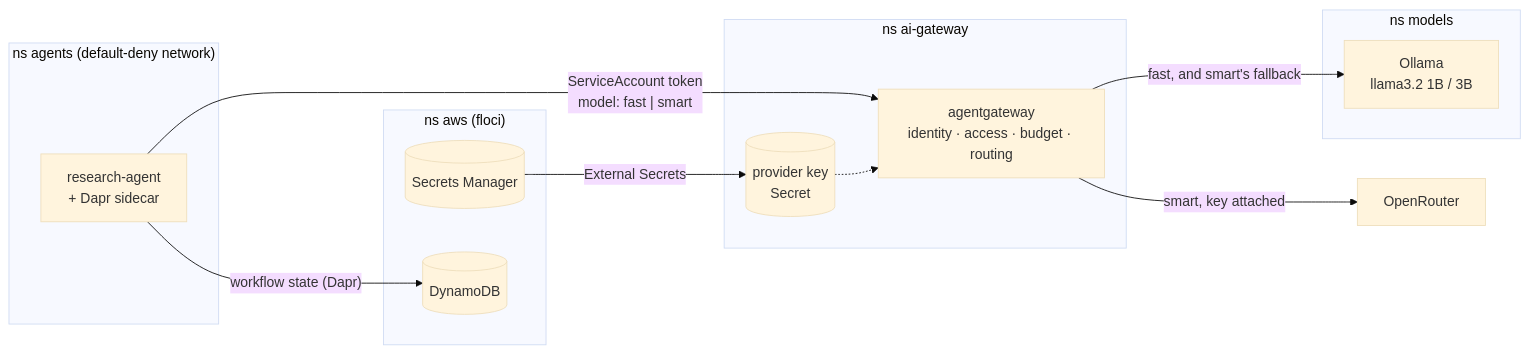
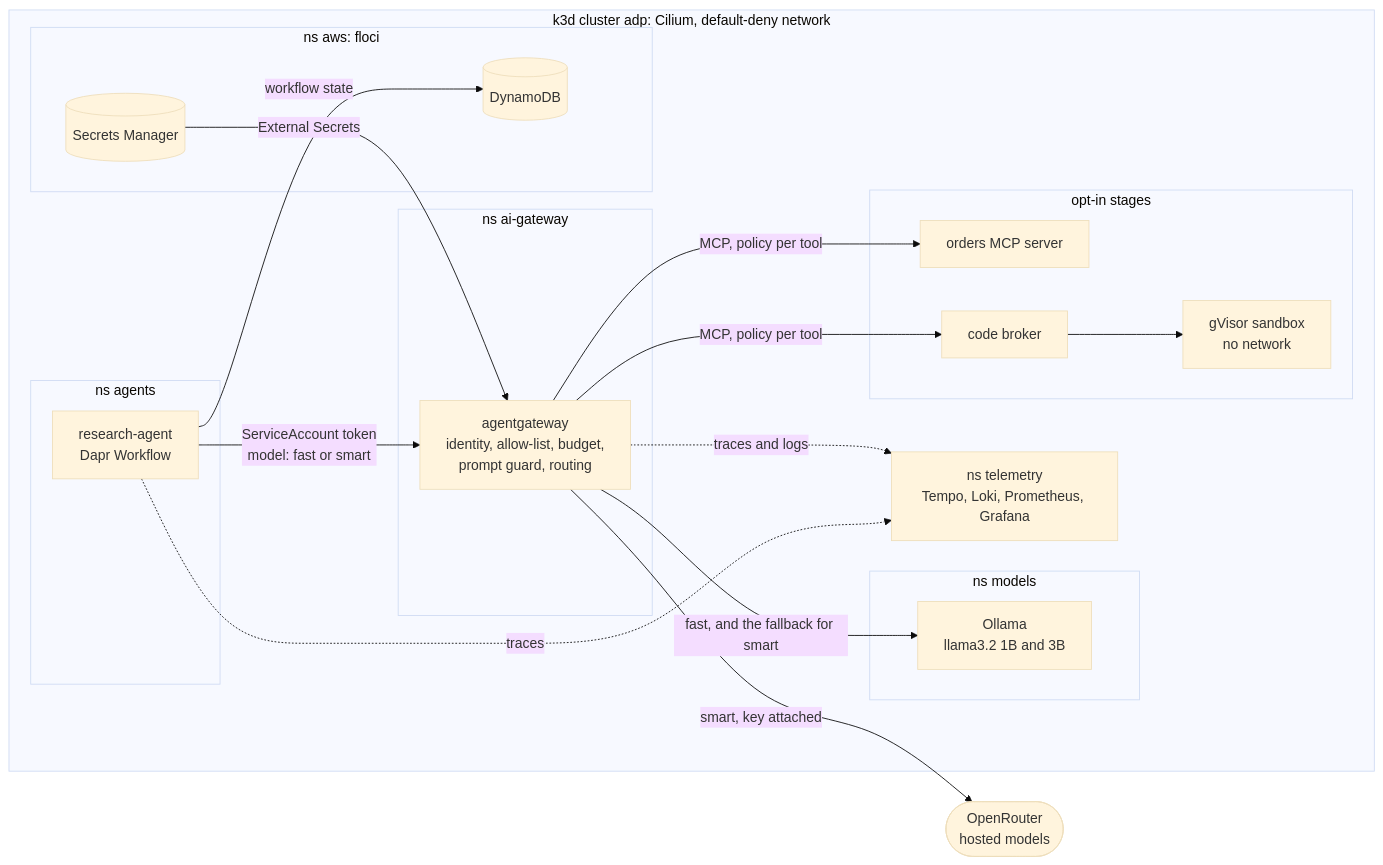
One commit to allensanborn/agentic-developer-platform changed the first of 3 diagrams in README.md. Above: the diagram before and after it, drawn with Mermaid (base theme). The commit also changed other lines of this file, not shown here.

Commit message:
README: lead with the bottom line, add the request path, fix stale claims
The first screen now says what the platform does and why, with a container
diagram that includes the tools, sandbox and telemetry stages and a sequence
diagram of one model call. smoke.sh has 38 checks, not 21. The ERP agent is
on main. Known gaps no longer lists tracing and the MCP hop, which are built.

````diff
--- a/README.md
+++ b/README.md
@@ -5,23 +19,35 @@
 ```mermaid
 flowchart LR
-  subgraph agents["ns agents (default-deny network)"]
-    A["research-agent<br/>+ Dapr sidecar"]
+  P(["OpenRouter<br/>hosted models"])
+  subgraph cluster["k3d cluster adp: Cilium, default-deny network"]
+    subgraph agents["ns agents"]
+      A["research-agent<br/>Dapr Workflow"]
+    end
+    subgraph gw["ns ai-gateway"]
+      G["agentgateway<br/>identity, allow-list, budget,<br/>prompt guard, routing"]
+    end
+    subgraph models["ns models"]
+      O["Ollama<br/>llama3.2 1B and 3B"]
+    end
+    subgraph optin["opt-in stages"]
+      M["orders MCP server"]
+      B["code broker"]
+      SB["gVisor sandbox<br/>no network"]
+      B --> SB
+    end
+    subgraph aws["ns aws: floci"]
+      SM[("Secrets Manager")]
+      DDB[("DynamoDB")]
+    end
+    T["ns telemetry<br/>Tempo, Loki, Prometheus, Grafana"]
   end
-  subgraph gw["ns ai-gateway"]
-    G["agentgateway<br/>identity · access · budget · routing"]
-    S[("provider key<br/>Secret")]
-  end
-  subgraph models["ns models"]
-    O["Ollama<br/>llama3.2 1B / 3B"]
-  end
-  subgraph aws["ns aws (floci)"]
-    SM[("Secrets Manager")]
-    DDB[("DynamoDB")]
-  end
-  A -- "ServiceAccount token<br/>model: fast | smart" --> G
-  G -- "fast, and smart's fallback" --> O
-  G -- "smart, key attached" --> P["OpenRouter"]
-  SM -- "External Secrets" --> S
-  S -.-> G
-  A -- "workflow state (Dapr)" --> DDB
+  A -->|"ServiceAccount token<br/>model: fast or smart"| G
+  G -->|"fast, and the fallback for smart"| O
+  G -->|"smart, key attached"| P
+  G -->|"MCP, policy per tool"| M
+  G -->|"MCP, policy per tool"| B
+  SM -->|"External Secrets"| G
+  A -->|"workflow state"| DDB
+  G -.->|"traces and logs"| T
+  A -.->|"traces"| T
 ```
````
